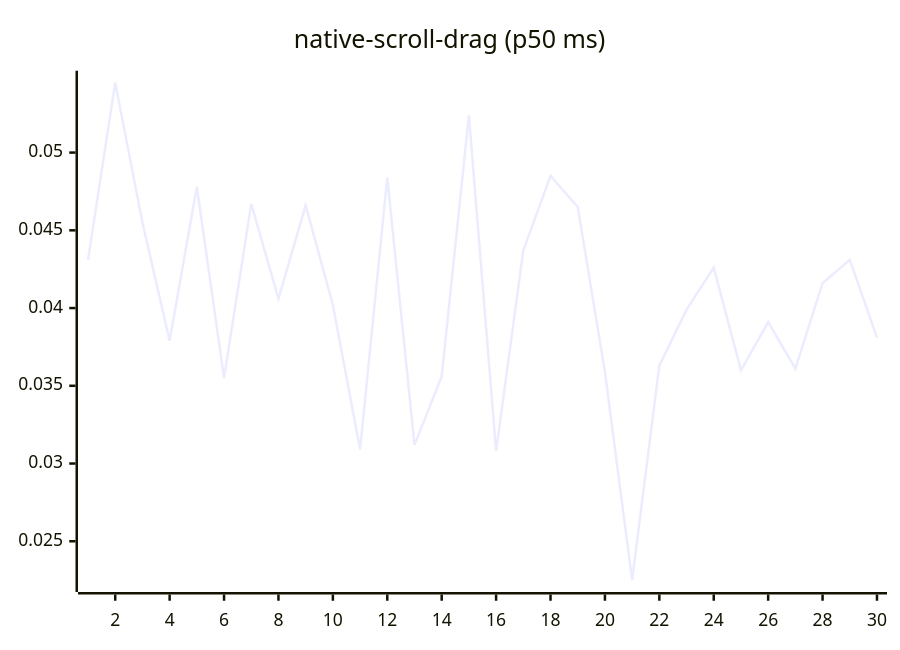
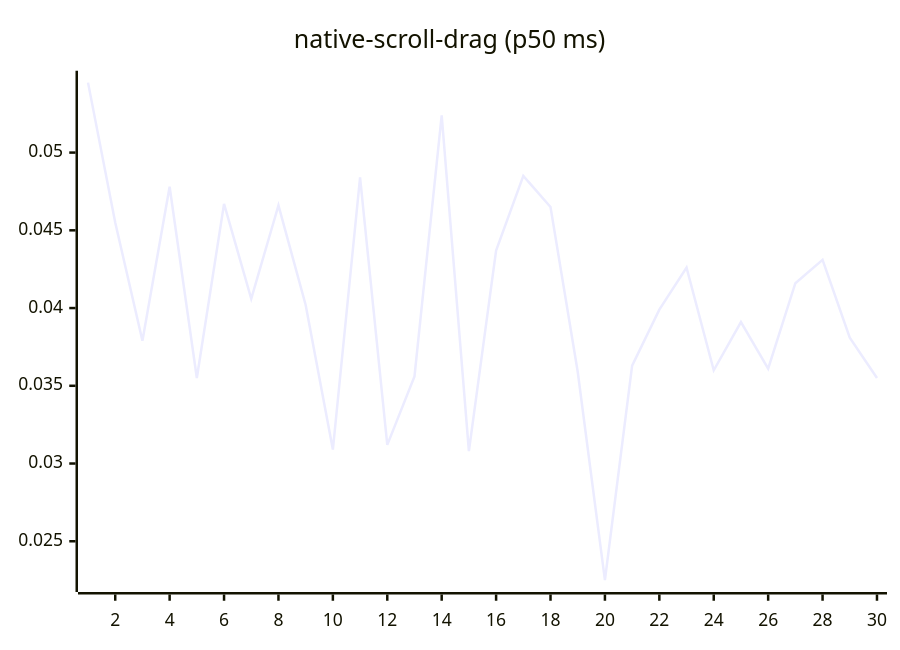
One commit to josha/Facet changed diagram 14 of 27 in README.md. Above: the diagram before and after it, drawn with Mermaid. The commit also changed other lines of this file and 2 other files, not shown here.

````diff
--- a/README.md
+++ b/README.md
@@ -154,6 +154,6 @@
 ```mermaid
 xychart-beta
     title "native-scroll-drag (p50 ms)"
     x-axis 1 --> 30
-    line [0.0431, 0.0545, 0.0455, 0.0379, 0.0478, 0.0355, 0.0467, 0.0406, 0.0466, 0.0402, 0.0309, 0.0484, 0.0312, 0.0356, 0.0524, 0.0308, 0.0437, 0.0485, 0.0465, 0.0359, 0.0225, 0.0363, 0.0399, 0.0426, 0.0360, 0.0391, 0.0361, 0.0416, 0.0431, 0.0381]
+    line [0.0545, 0.0455, 0.0379, 0.0478, 0.0355, 0.0467, 0.0406, 0.0466, 0.0402, 0.0309, 0.0484, 0.0312, 0.0356, 0.0524, 0.0308, 0.0437, 0.0485, 0.0465, 0.0359, 0.0225, 0.0363, 0.0399, 0.0426, 0.0360, 0.0391, 0.0361, 0.0416, 0.0431, 0.0381, 0.0355]
 ```
````
